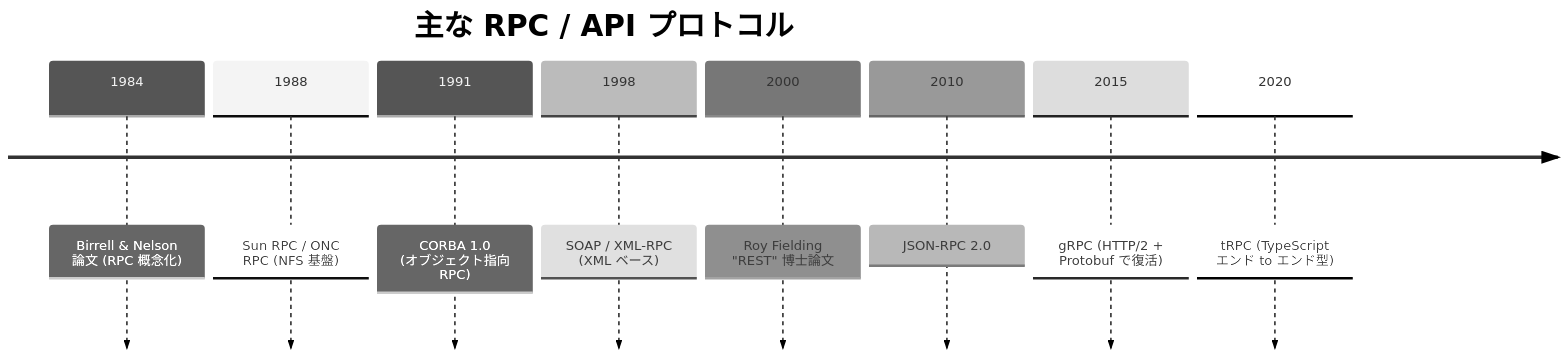
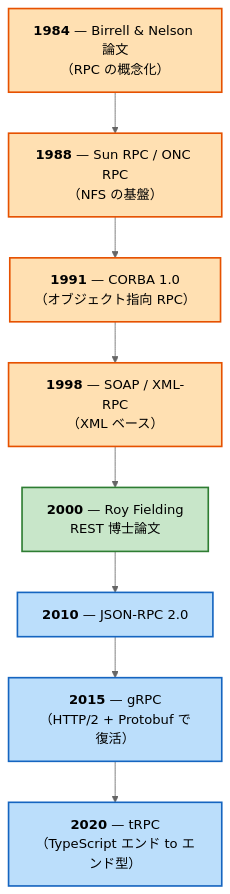
One commit to ryotaro-boost/web-engineer-knowledge-layers changed the second of 3 diagrams in details/RESTとRPC.md. Above: the diagram before and after it, drawn with Mermaid (neutral theme). The commit also changed other lines of this file, not shown here.

Commit message:
details/RESTとRPC.md: 系譜図を timeline → 縦 flowchart に変更
Obsidian での timeline 図は横幅が圧縮されて読みにくくなるため、
縦方向の flowchart TB に差し替え。時代区分（旧 RPC / REST 登場 /
現代 RPC 復活）を色分けして、本文の「3 つの主因」と視覚的に対応させた。

````diff
--- a/details/RESTとRPC.md
+++ b/details/RESTとRPC.md
@@ -65,12 +65,24 @@
 ```mermaid
-timeline
-    title 主な RPC / API プロトコル
-    1984 : Birrell & Nelson 論文 (RPC 概念化)
-    1988 : Sun RPC / ONC RPC (NFS 基盤)
-    1991 : CORBA 1.0 (オブジェクト指向 RPC)
-    1998 : SOAP / XML-RPC (XML ベース)
-    2000 : Roy Fielding "REST" 博士論文
-    2010 : JSON-RPC 2.0
-    2015 : gRPC (HTTP/2 + Protobuf で復活)
-    2020 : tRPC (TypeScript エンド to エンド型)
+flowchart TB
+    A["<b>1984</b> — Birrell & Nelson 論文<br/>（RPC の概念化）"]
+    B["<b>1988</b> — Sun RPC / ONC RPC<br/>（NFS の基盤）"]
+    C["<b>1991</b> — CORBA 1.0<br/>（オブジェクト指向 RPC）"]
+    D["<b>1998</b> — SOAP / XML-RPC<br/>（XML ベース）"]
+    E["<b>2000</b> — Roy Fielding<br/>REST 博士論文"]
+    F["<b>2010</b> — JSON-RPC 2.0"]
+    G["<b>2015</b> — gRPC<br/>（HTTP/2 + Protobuf で復活）"]
+    H["<b>2020</b> — tRPC<br/>（TypeScript エンド to エンド型）"]
+    A --> B --> C --> D --> E --> F --> G --> H
+
+    %% 旧 RPC 時代（1984-1998）
+    style A fill:#ffe0b2,stroke:#e65100,stroke-width:2px
+    style B fill:#ffe0b2,stroke:#e65100,stroke-width:2px
+    style C fill:#ffe0b2,stroke:#e65100,stroke-width:2px
+    style D fill:#ffe0b2,stroke:#e65100,stroke-width:2px
+    %% REST 登場（2000）— RPC が一旦下火に
+    style E fill:#c8e6c9,stroke:#2e7d32,stroke-width:2px
+    %% 現代 RPC の復活（2010-）
+    style F fill:#bbdefb,stroke:#1565c0,stroke-width:2px
+    style G fill:#bbdefb,stroke:#1565c0,stroke-width:2px
+    style H fill:#bbdefb,stroke:#1565c0,stroke-width:2px
 ```
````
